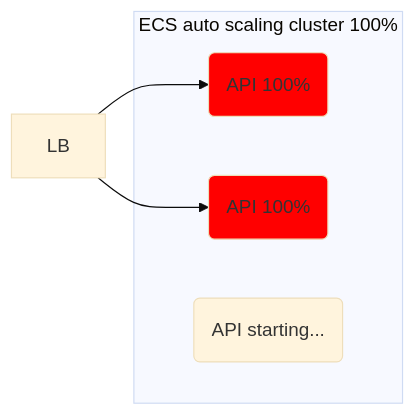
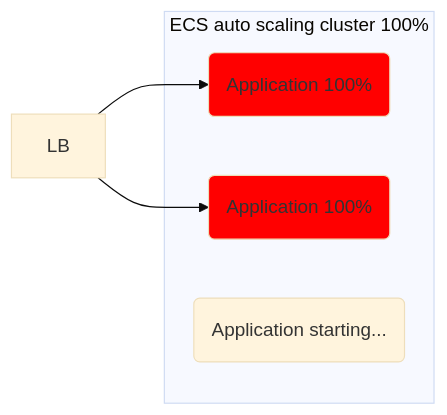
One commit to pavradev/data-analytics-app-architecture-aws changed the third of 7 diagrams in README.md. Above: the diagram before and after it, drawn with Mermaid (base theme). The commit also changed other lines of this file, not shown here.

````diff
--- a/README.md
+++ b/README.md
@@ -41,11 +41,11 @@
 ```mermaid
   flowchart LR
-  style api1 fill:red
-  style api2 fill:red
-  lb[LB] --> api1(API 100%) & api2(API 100%)
+  style app1 fill:red
+  style app2 fill:red
+  lb[LB] --> app1(Application 100%) & app2(Application 100%)
   subgraph c1 [ECS auto scaling cluster 100%]
-      api1
-      api2
-      api3(API starting...)
+      app1
+      app2
+      app3(Application starting...)
   end
 ```
````
